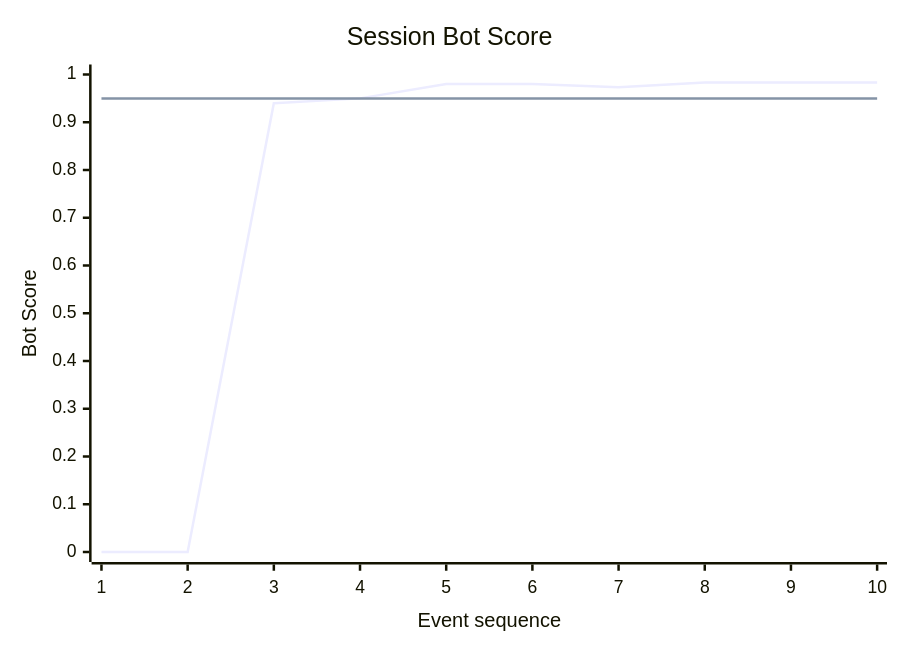
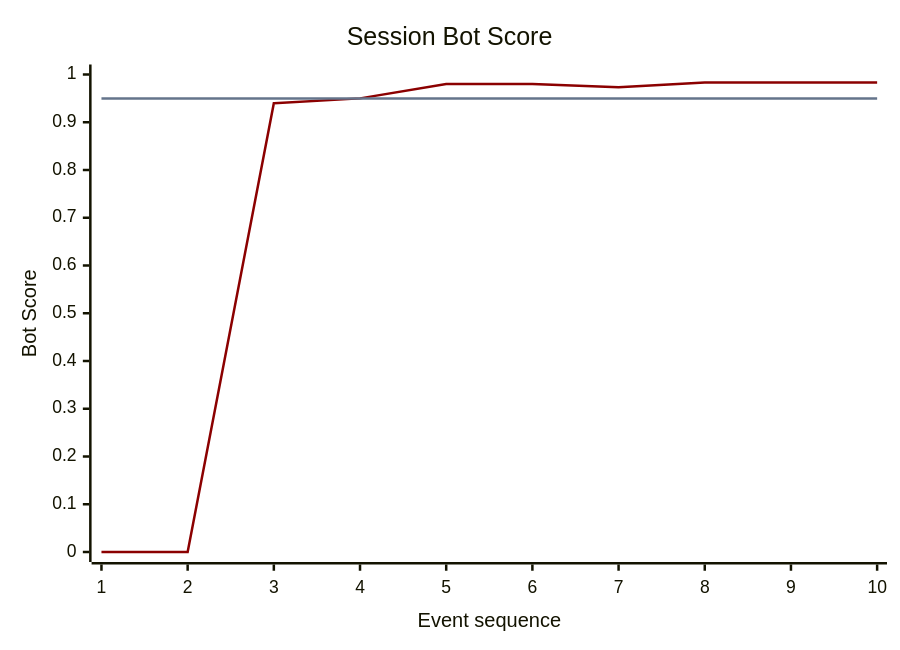
Before and after one commit to Rez99/data-engineering-portfolio: the fourth of 5 diagrams in project-3-streaming-bot-detection/README.md, drawn with Mermaid. The commit also changed other lines of this file and 8 other files, not shown here.

````diff
--- a/project-3-streaming-bot-detection/README.md
+++ b/project-3-streaming-bot-detection/README.md
@@ -214,8 +215,9 @@
 ```mermaid
+%%{init: {"themeVariables": {"xyChart": {"plotColorPalette": "#8B0000,#64748B"}}}}%%
 xychart-beta
     title "Session Bot Score"
     x-axis "Event sequence" [1,2,3,4,5,6,7,8,9,10]
     y-axis "Bot Score" 0 --> 1
     line [0.0,0.0,0.94,0.95,0.98,0.98,0.9733333333333334,0.9833333333333333,0.9833333333333333,0.9833333333333333]
     line [0.95,0.95,0.95,0.95,0.95,0.95,0.95,0.95,0.95,0.95]
 ```
````
